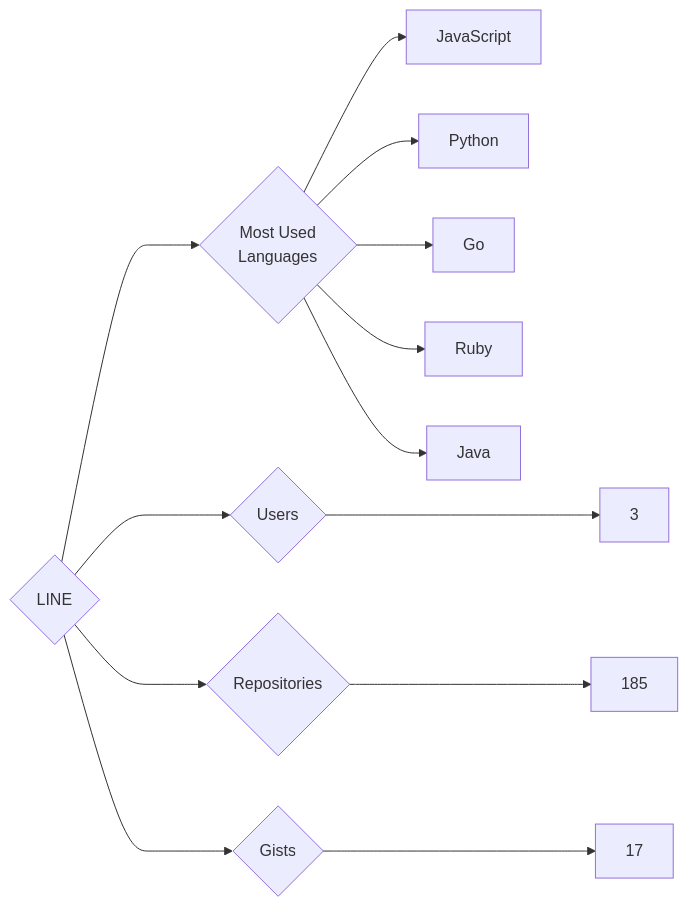
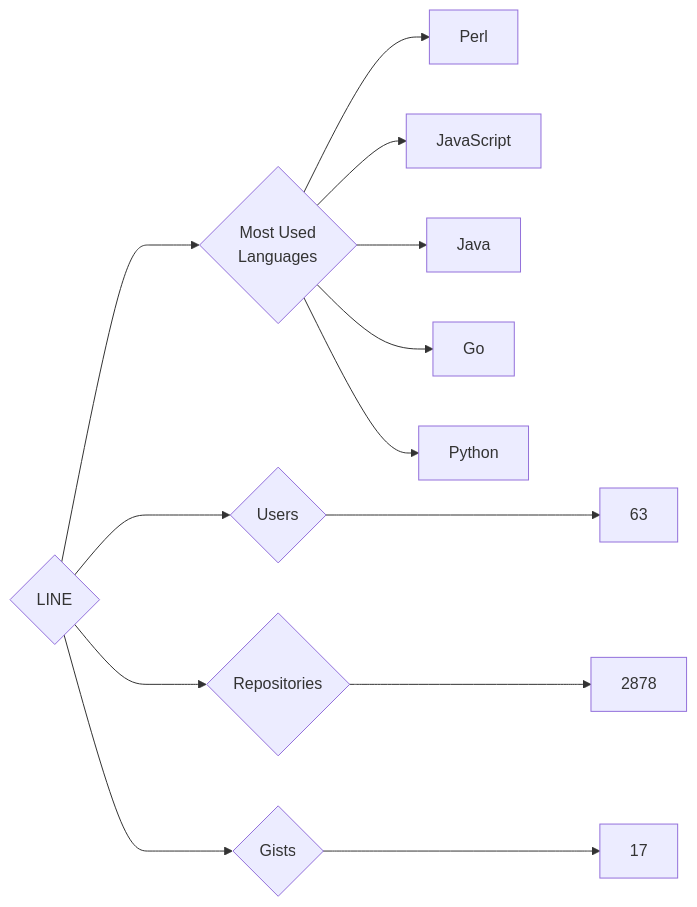
One commit to trickest/insiders changed the diagram in targets/LINE/README.md. Above: the diagram before and after it, drawn with Mermaid. The commit also changed 775 other files, not shown here.

````diff
--- a/targets/LINE/README.md
+++ b/targets/LINE/README.md
@@ -3,13 +3,13 @@
 ```mermaid
 graph LR
 COMPANY_NAME{LINE}
-COMPANY_NAME ---> U{Users} ---> UN[3]
-COMPANY_NAME ---> R{Repositories} ---> RN[185]
+COMPANY_NAME ---> U{Users} ---> UN[63]
+COMPANY_NAME ---> R{Repositories} ---> RN[2878]
 COMPANY_NAME ---> G{Gists} ---> GN[17]
 COMPANY_NAME ---> ML{Most Used<br>Languages}
+ML --> Perl[Perl]
 ML --> JavaScript[JavaScript]
+ML --> Java[Java]
+ML --> Go[Go]
 ML --> Python[Python]
-ML --> Go[Go]
-ML --> Ruby[Ruby]
-ML --> Java[Java]
 ```
````
